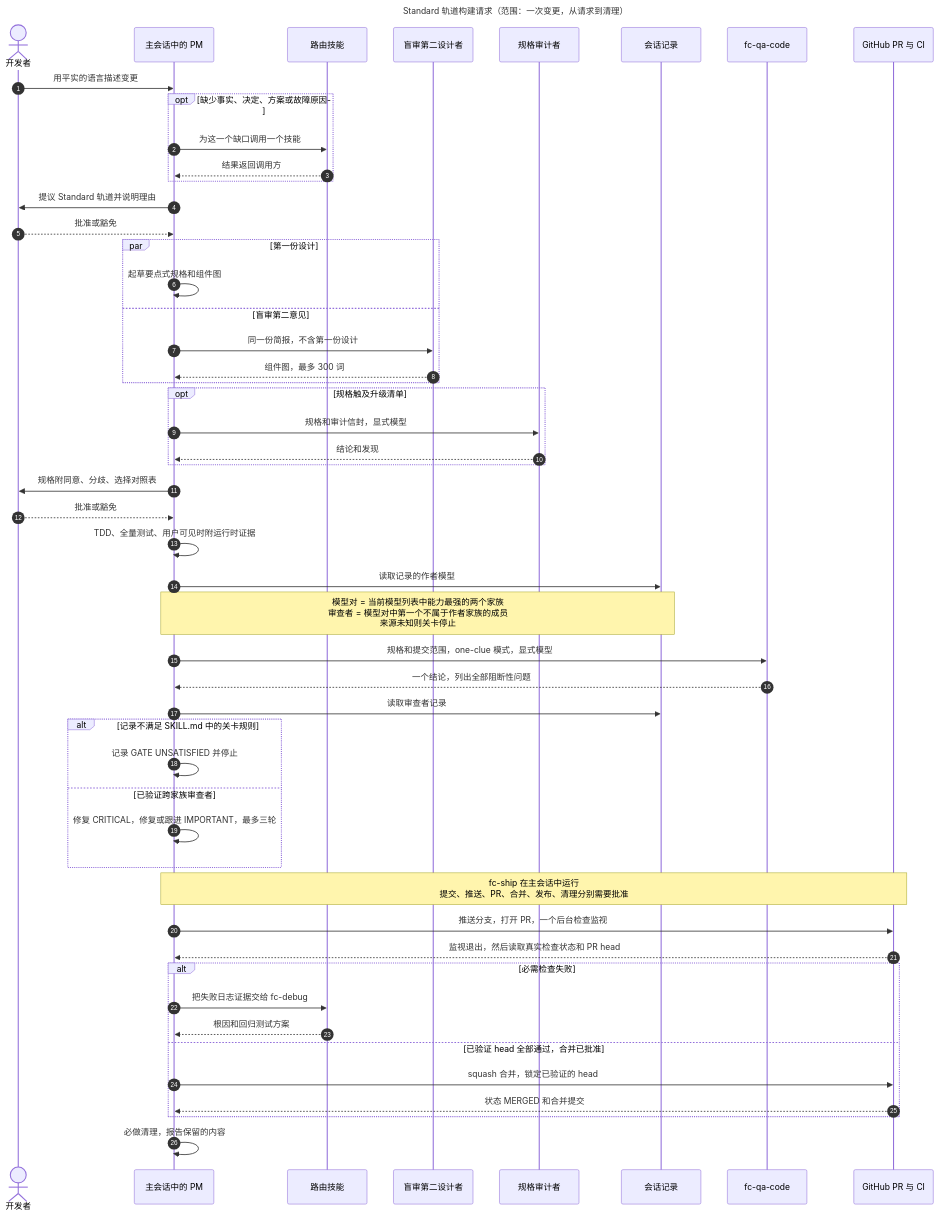
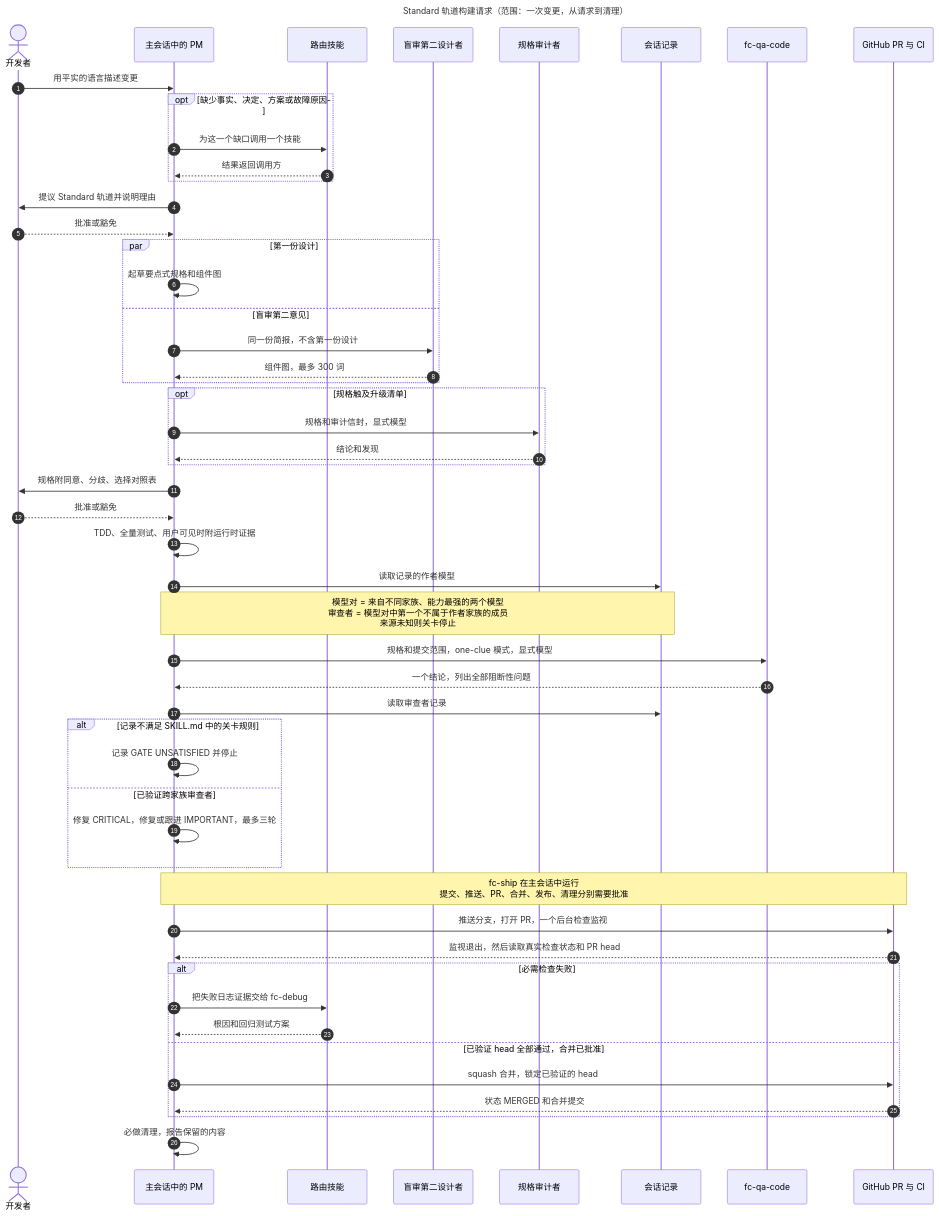
Before and after one commit to D0n9X1n/feature-crew: the second of 2 diagrams in wiki/Architecture-zh-CN.md, drawn with Mermaid. The commit also changed 5 other files, not shown here.

````diff
--- a/wiki/Architecture-zh-CN.md
+++ b/wiki/Architecture-zh-CN.md
@@ -73,56 +73,56 @@
 ```mermaid
 ---
 title: "Standard 轨道构建请求（范围：一次变更，从请求到清理）"
 ---
 sequenceDiagram
     autonumber
     actor Dev as 开发者
     participant PM as 主会话中的 PM
     participant Sub as 路由技能
     participant SD as 盲审第二设计者
     participant Aud as 规格审计者
     participant Rec as 会话记录
     participant QA as fc-qa-code
     participant GH as GitHub PR 与 CI
     Dev->>PM: 用平实的语言描述变更
     opt 缺少事实、决定、方案或故障原因
         PM->>Sub: 为这一个缺口调用一个技能
         Sub-->>PM: 结果返回调用方
     end
     PM->>Dev: 提议 Standard 轨道并说明理由
     Dev-->>PM: 批准或豁免
     par 第一份设计
         PM->>PM: 起草要点式规格和组件图
     and 盲审第二意见
         PM->>SD: 同一份简报，不含第一份设计
         SD-->>PM: 组件图，最多 300 词
     end
     opt 规格触及升级清单
         PM->>Aud: 规格和审计信封，显式模型
         Aud-->>PM: 结论和发现
     end
     PM->>Dev: 规格附同意、分歧、选择对照表
     Dev-->>PM: 批准或豁免
     PM->>PM: TDD、全量测试、用户可见时附运行时证据
     PM->>Rec: 读取记录的作者模型
-    Note over PM,Rec: 模型对 = 当前模型列表中能力最强的两个家族<br/>审查者 = 模型对中第一个不属于作者家族的成员<br/>来源未知则关卡停止
+    Note over PM,Rec: 模型对 = 来自不同家族、能力最强的两个模型<br/>审查者 = 模型对中第一个不属于作者家族的成员<br/>来源未知则关卡停止
     PM->>QA: 规格和提交范围，one-clue 模式，显式模型
     QA-->>PM: 一个结论，列出全部阻断性问题
     PM->>Rec: 读取审查者记录
     alt 记录不满足 SKILL.md 中的关卡规则
         PM->>PM: 记录 GATE UNSATISFIED 并停止
     else 已验证跨家族审查者
         PM->>PM: 修复 CRITICAL，修复或跟进 IMPORTANT，最多三轮
     end
     Note over PM,GH: fc-ship 在主会话中运行<br/>提交、推送、PR、合并、发布、清理分别需要批准
     PM->>GH: 推送分支，打开 PR，一个后台检查监视
     GH-->>PM: 监视退出，然后读取真实检查状态和 PR head
     alt 必需检查失败
         PM->>Sub: 把失败日志证据交给 fc-debug
         Sub-->>PM: 根因和回归测试方案
     else 已验证 head 全部通过，合并已批准
         PM->>GH: squash 合并，锁定已验证的 head
         GH-->>PM: 状态 MERGED 和合并提交
     end
     PM->>PM: 必做清理，报告保留的内容
 ```
````
